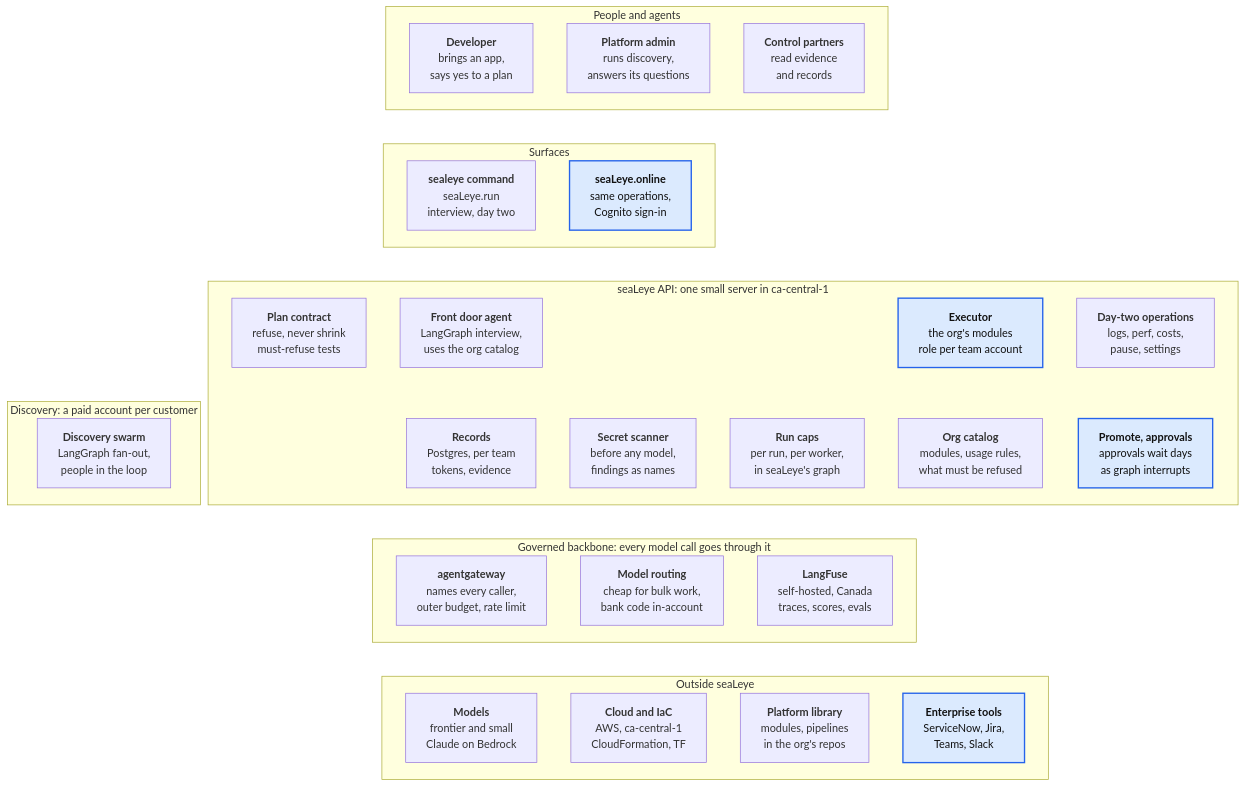
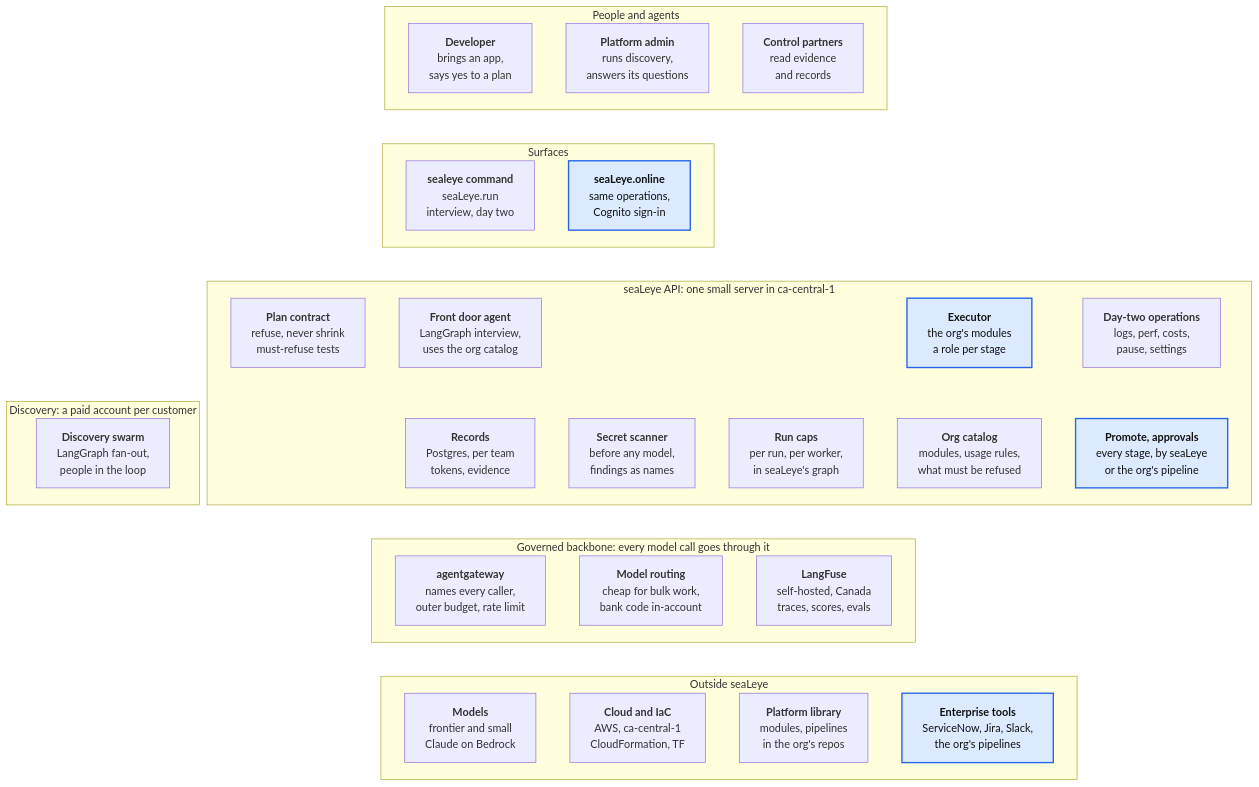
One commit to GregKliewer/sealeye changed the seventh of 12 diagrams in docs/BUILD-OUT.md. Above: the diagram before and after it, drawn with Mermaid. The commit also changed other lines of this file and 4 other files, not shown here.

First line of the commit message:
Roadmap, build-out, open questions and architecture: every stage past dev

````diff
--- a/docs/BUILD-OUT.md
+++ b/docs/BUILD-OUT.md
@@ -230,47 +230,47 @@
 ```mermaid
 flowchart TB
   subgraph people["People and agents"]
     dev["<b>Developer</b><br/>brings an app,<br/>says yes to a plan"]
     admin["<b>Platform admin</b><br/>runs discovery,<br/>answers its questions"]
     control["<b>Control partners</b><br/>read evidence<br/>and records"]
   end
   subgraph surfaces["Surfaces"]
     cli["<b>sealeye command</b><br/>seaLeye.run<br/>interview, day two"]
     portal["<b>seaLeye.online</b><br/>same operations,<br/>Cognito sign-in"]
   end
   dev ~~~ cli
   subgraph api["seaLeye API: one small server in ca-central-1"]
     frontdoor["<b>Front door agent</b><br/>LangGraph interview,<br/>uses the org catalog"]
     contract["<b>Plan contract</b><br/>refuse, never shrink<br/>must-refuse tests"]
-    executor["<b>Executor</b><br/>the org's modules<br/>role per team account"]
+    executor["<b>Executor</b><br/>the org's modules<br/>a role per stage"]
     daytwo["<b>Day-two operations</b><br/>logs, perf, costs,<br/>pause, settings"]
     records["<b>Records</b><br/>Postgres, per team<br/>tokens, evidence"]
     scanner["<b>Secret scanner</b><br/>before any model,<br/>findings as names"]
     caps["<b>Run caps</b><br/>per run, per worker,<br/>in seaLeye's graph"]
     catalog["<b>Org catalog</b><br/>modules, usage rules,<br/>what must be refused"]
-    promote["<b>Promote, approvals</b><br/>approvals wait days<br/>as graph interrupts"]
+    promote["<b>Promote, approvals</b><br/>every stage, by seaLeye<br/>or the org's pipeline"]
   end
   subgraph discoveryacct["Discovery: a paid account per customer"]
     discovery["<b>Discovery swarm</b><br/>LangGraph fan-out,<br/>people in the loop"]
   end
   frontdoor ~~~ records
   contract ~~~ discovery
   executor ~~~ catalog
   daytwo ~~~ promote
   cli ~~~ frontdoor
   subgraph backbone["Governed backbone: every model call goes through it"]
     gateway["<b>agentgateway</b><br/>names every caller,<br/>outer budget, rate limit"]
     routing["<b>Model routing</b><br/>cheap for bulk work,<br/>bank code in-account"]
     langfuse["<b>LangFuse</b><br/>self-hosted, Canada<br/>traces, scores, evals"]
   end
   records ~~~ gateway
   subgraph outside["Outside seaLeye"]
     models["<b>Models</b><br/>frontier and small<br/>Claude on Bedrock"]
     cloud["<b>Cloud and IaC</b><br/>AWS, ca-central-1<br/>CloudFormation, TF"]
     library["<b>Platform library</b><br/>modules, pipelines<br/>in the org's repos"]
-    tools["<b>Enterprise tools</b><br/>ServiceNow, Jira,<br/>Teams, Slack"]
+    tools["<b>Enterprise tools</b><br/>ServiceNow, Jira, Slack,<br/>the org's pipelines"]
   end
   gateway ~~~ models
   classDef new fill:#dbeafe,stroke:#2563eb,stroke-width:2px,color:#111
   class executor,portal,promote,tools new
 ```
````
